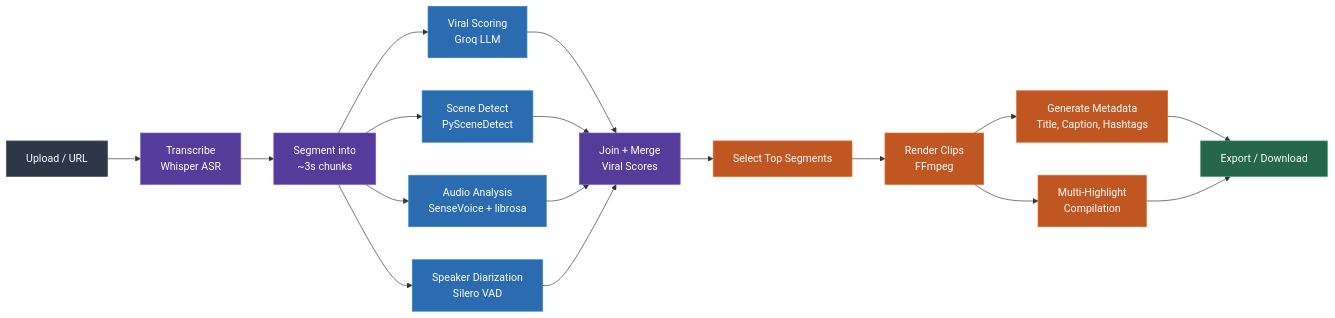
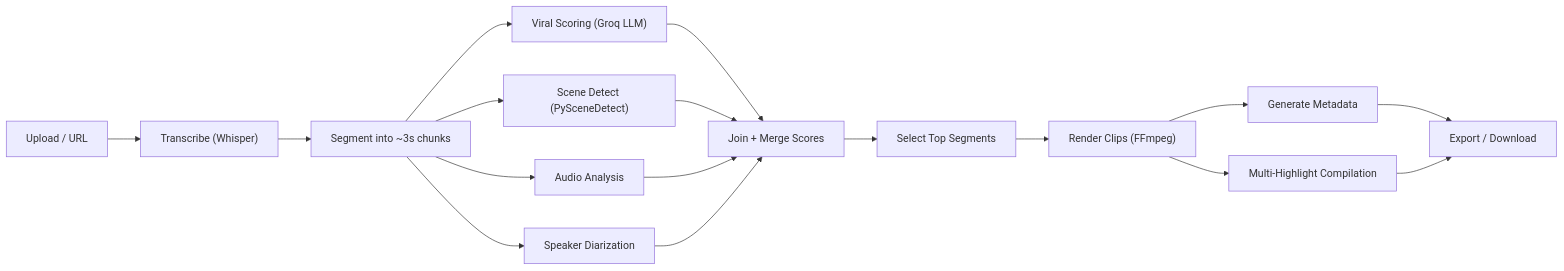
One commit to CipherCosmos/ClipForge changed the first of 3 diagrams in README.md. Above: the diagram before and after it, drawn with Mermaid. The commit also changed other lines of this file, not shown here.

Commit message:
fix mermaid syntax for github rendering

````diff
--- a/README.md
+++ b/README.md
@@ -23,33 +23,19 @@
 ```mermaid
-graph LR
-    A[Upload / URL] --> B[Transcribe<br/>Whisper ASR]
-    B --> C[Segment into<br/>~3s chunks]
-    C --> D1[Viral Scoring<br/>Groq LLM]
-    C --> D2[Scene Detect<br/>PySceneDetect]
-    C --> D3[Audio Analysis<br/>SenseVoice + librosa]
-    C --> D4[Speaker Diarization<br/>Silero VAD]
-    D1 --> E[Join + Merge<br/>Viral Scores]
+flowchart LR
+    A["Upload / URL"] --> B["Transcribe (Whisper)"]
+    B --> C["Segment into ~3s chunks"]
+    C --> D1["Viral Scoring (Groq LLM)"]
+    C --> D2["Scene Detect (PySceneDetect)"]
+    C --> D3["Audio Analysis"]
+    C --> D4["Speaker Diarization"]
+    D1 --> E["Join + Merge Scores"]
     D2 --> E
     D3 --> E
     D4 --> E
-    E --> F[Select Top Segments]
-    F --> G[Render Clips<br/>FFmpeg]
-    G --> H[Generate Metadata<br/>Title, Caption, Hashtags]
-    H --> I[Export / Download]
-    G --> J[Multi-Highlight<br/>Compilation]
+    E --> F["Select Top Segments"]
+    F --> G["Render Clips (FFmpeg)"]
+    G --> H["Generate Metadata"]
+    H --> I["Export / Download"]
+    G --> J["Multi-Highlight Compilation"]
     J --> I
-
-    style A fill:#2d3748,stroke:#4a5568,color:#fff
-    style B fill:#553c9a,stroke:#805ad5,color:#fff
-    style C fill:#553c9a,stroke:#805ad5,color:#fff
-    style D1 fill:#2b6cb0,stroke:#3182ce,color:#fff
-    style D2 fill:#2b6cb0,stroke:#3182ce,color:#fff
-    style D3 fill:#2b6cb0,stroke:#3182ce,color:#fff
-    style D4 fill:#2b6cb0,stroke:#3182ce,color:#fff
-    style E fill:#553c9a,stroke:#805ad5,color:#fff
-    style F fill:#c05621,stroke:#dd6b20,color:#fff
-    style G fill:#c05621,stroke:#dd6b20,color:#fff
-    style H fill:#c05621,stroke:#dd6b20,color:#fff
-    style I fill:#276749,stroke:#38a169,color:#fff
-    style J fill:#c05621,stroke:#dd6b20,color:#fff
 ```
````
